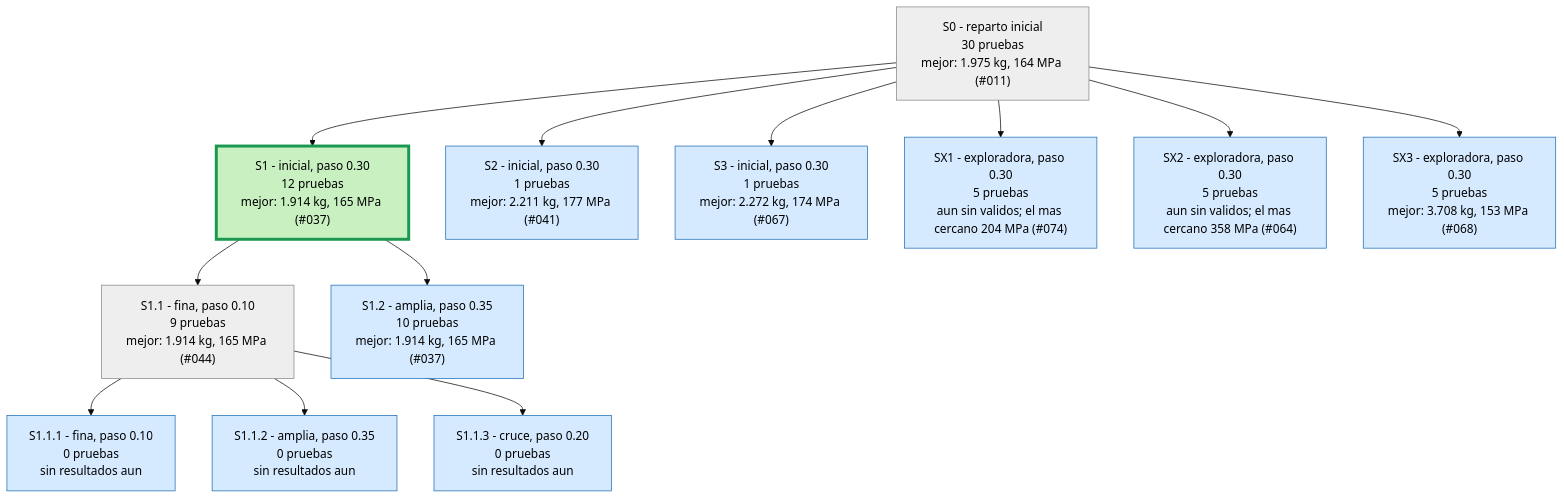
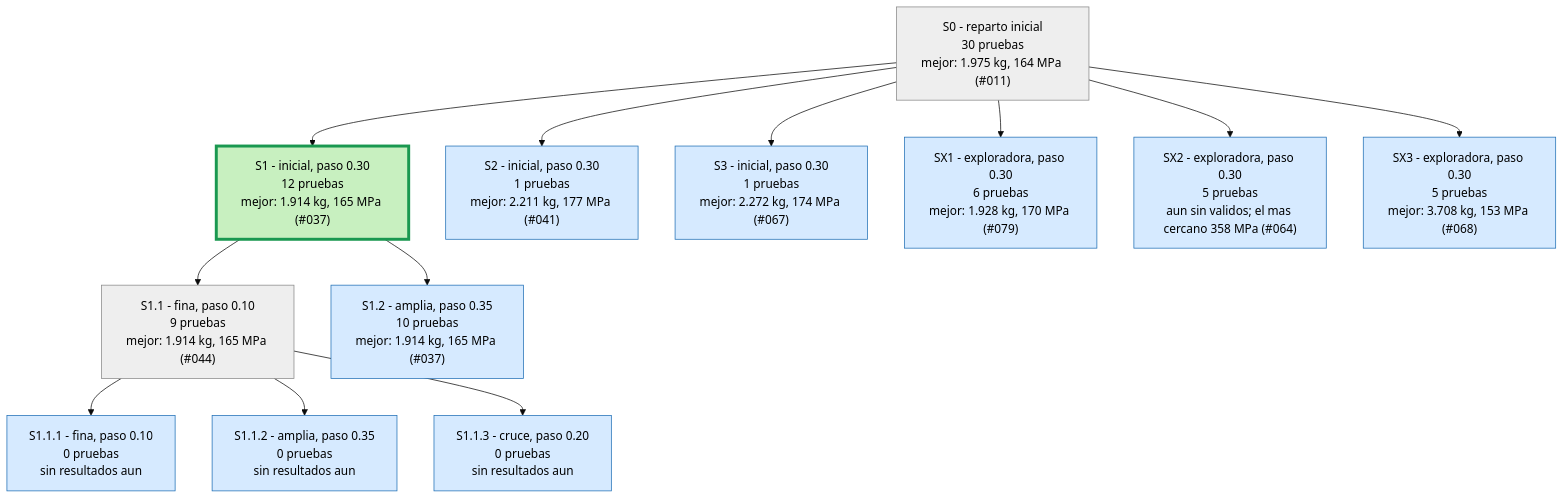
The first of 4 diagrams in runs/opt_37800N/ARBOL.md (Hugiko/msd-soporte-optimizacion), drawn with Mermaid (base theme) before and after one commit. The commit also changed 22 other files, not shown here.

````diff
--- a/runs/opt_37800N/ARBOL.md
+++ b/runs/opt_37800N/ARBOL.md
@@ -9,29 +9,29 @@
 ```mermaid
 graph TD
 classDef activa fill:#d6eaff,stroke:#1f6fb5,color:#000
 classDef fin fill:#eeeeee,stroke:#888,color:#000
 classDef mejor fill:#c8f0c0,stroke:#1a9850,stroke-width:4px,color:#000
 S0["S0 - reparto inicial<br/>30 pruebas<br/>mejor: 1.975 kg, 164 MPa (#011)"]:::fin
 S1["S1 - inicial, paso 0.30<br/>12 pruebas<br/>mejor: 1.914 kg, 165 MPa (#037)"]:::mejor
 S0 --> S1
 S2["S2 - inicial, paso 0.30<br/>1 pruebas<br/>mejor: 2.211 kg, 177 MPa (#041)"]:::activa
 S0 --> S2
 S3["S3 - inicial, paso 0.30<br/>1 pruebas<br/>mejor: 2.272 kg, 174 MPa (#067)"]:::activa
 S0 --> S3
 S1_1["S1.1 - fina, paso 0.10<br/>9 pruebas<br/>mejor: 1.914 kg, 165 MPa (#044)"]:::fin
 S1 --> S1_1
 S1_2["S1.2 - amplia, paso 0.35<br/>10 pruebas<br/>mejor: 1.914 kg, 165 MPa (#037)"]:::activa
 S1 --> S1_2
 S1_1_1["S1.1.1 - fina, paso 0.10<br/>0 pruebas<br/>sin resultados aun"]:::activa
 S1_1 --> S1_1_1
 S1_1_2["S1.1.2 - amplia, paso 0.35<br/>0 pruebas<br/>sin resultados aun"]:::activa
 S1_1 --> S1_1_2
 S1_1_3["S1.1.3 - cruce, paso 0.20<br/>0 pruebas<br/>sin resultados aun"]:::activa
 S1_1 --> S1_1_3
-SX1["SX1 - exploradora, paso 0.30<br/>5 pruebas<br/>aun sin validos; el mas cercano 204 MPa (#074)"]:::activa
+SX1["SX1 - exploradora, paso 0.30<br/>6 pruebas<br/>mejor: 1.928 kg, 170 MPa (#079)"]:::activa
 S0 --> SX1
 SX2["SX2 - exploradora, paso 0.30<br/>5 pruebas<br/>aun sin validos; el mas cercano 358 MPa (#064)"]:::activa
 S0 --> SX2
 SX3["SX3 - exploradora, paso 0.30<br/>5 pruebas<br/>mejor: 3.708 kg, 153 MPa (#068)"]:::activa
 S0 --> SX3
 ```
````
